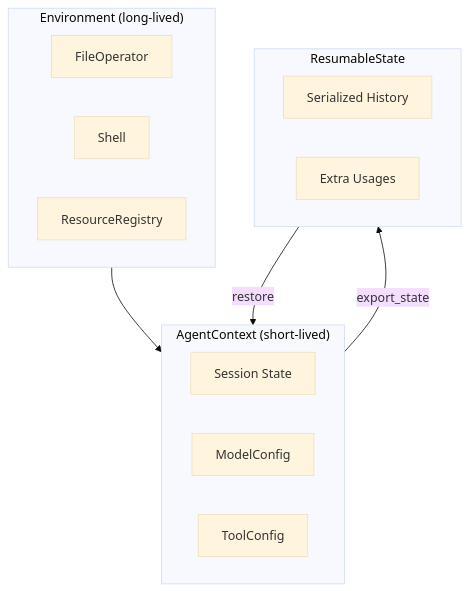
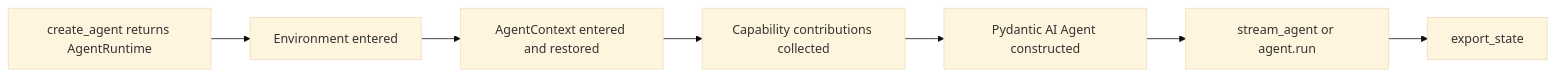
Before and after one commit to Wh1isper/ya-agent-sdk: the diagram in packages/yaacli/yaacli/skills/building-agents/context.md, drawn with Mermaid (base theme). The commit also changed other lines of this file and 446 other files, not shown here.

First line of the commit message:
feat(runtime): introduce capability-first agent runtime 2.0 (#396)

````diff
--- a/packages/yaacli/yaacli/skills/building-agents/context.md
+++ b/packages/yaacli/yaacli/skills/building-agents/context.md
@@ -12,23 +13,12 @@
 ```mermaid
-flowchart TB
-    subgraph Environment["Environment (long-lived)"]
-        FileOp[FileOperator]
-        Shell[Shell]
-        Resources[ResourceRegistry]
-    end
+flowchart LR
+    Plan[create_agent returns AgentRuntime]
+    Environment[Environment entered]
+    Context[AgentContext entered and restored]
+    Contributions[Capability contributions collected]
+    Agent[Pydantic AI Agent constructed]
+    Run[stream_agent or agent.run]
+    State[export_state]
 
-    subgraph Context["AgentContext (short-lived)"]
-        State[Session State]
-        ModelCfg[ModelConfig]
-        ToolCfg[ToolConfig]
-    end
-
-    subgraph Resumable["ResumableState"]
-        SerializedHistory[Serialized History]
-        Usages[Extra Usages]
-    end
-
-    Environment --> Context
-    Context -->|export_state| Resumable
-    Resumable -->|restore| Context
+    Plan --> Environment --> Context --> Contributions --> Agent --> Run --> State
 ```
````
